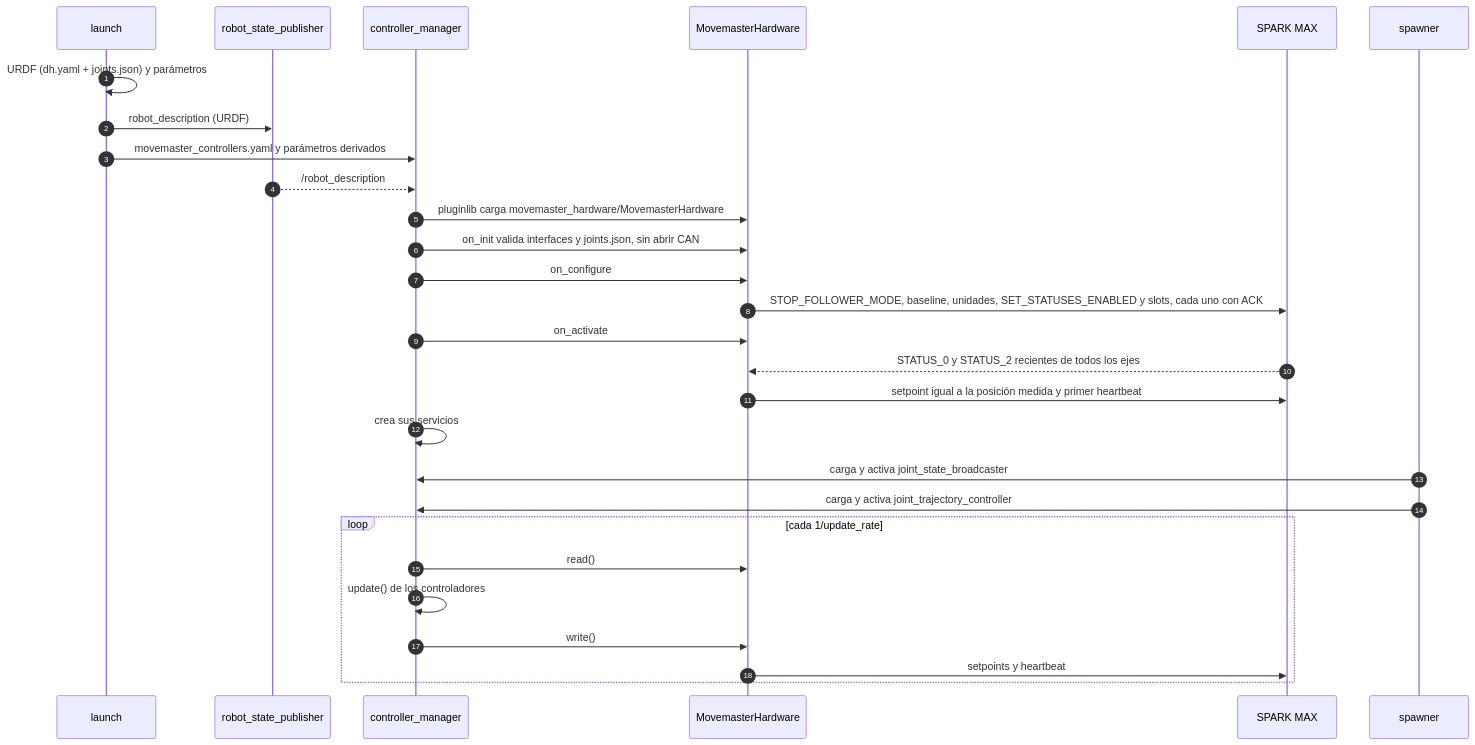
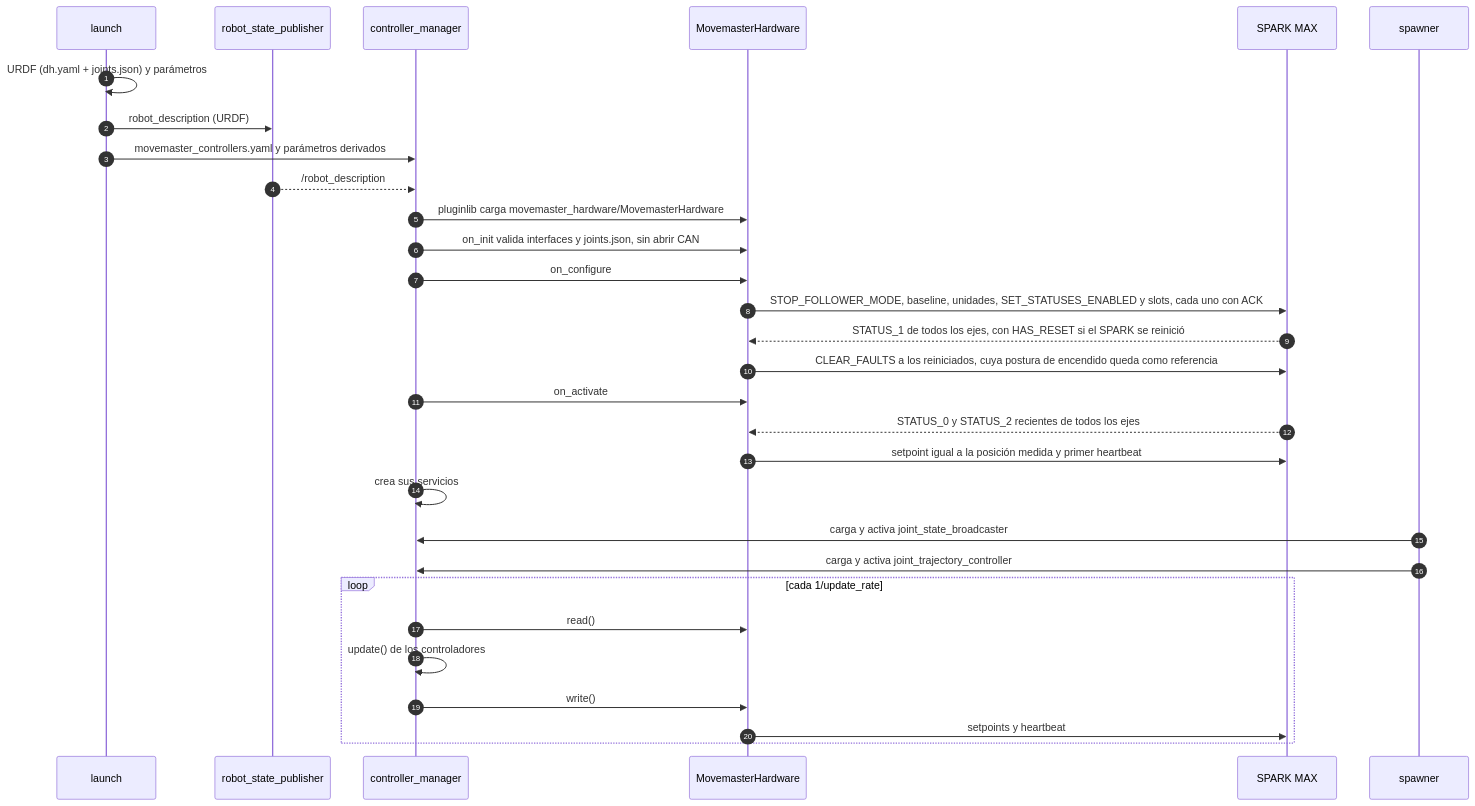
One commit to DiazPaz/movemaster changed the second of 2 diagrams in movemaster_ws/src/movemaster_ros/movemaster_ros/docs/MANUAL.md. Above: the diagram before and after it, drawn with Mermaid. The commit also changed other lines of this file and 22 other files, not shown here.

````diff
--- a/movemaster_ws/src/movemaster_ros/movemaster_ros/docs/MANUAL.md
+++ b/movemaster_ws/src/movemaster_ros/movemaster_ros/docs/MANUAL.md
@@ -182,30 +182,32 @@
 ```mermaid
 sequenceDiagram
     autonumber
     participant L as launch
     participant R as robot_state_publisher
     participant C as controller_manager
     participant H as MovemasterHardware
     participant S as SPARK MAX
     participant P as spawner
     L->>L: URDF (dh.yaml + joints.json) y parámetros
     L->>R: robot_description (URDF)
     L->>C: movemaster_controllers.yaml y parámetros derivados
     R-->>C: /robot_description
     C->>H: pluginlib carga movemaster_hardware/MovemasterHardware
     C->>H: on_init valida interfaces y joints.json, sin abrir CAN
     C->>H: on_configure
     H->>S: STOP_FOLLOWER_MODE, baseline, unidades, SET_STATUSES_ENABLED y slots, cada uno con ACK
+    S-->>H: STATUS_1 de todos los ejes, con HAS_RESET si el SPARK se reinició
+    H->>S: CLEAR_FAULTS a los reiniciados, cuya postura de encendido queda como referencia
     C->>H: on_activate
     S-->>H: STATUS_0 y STATUS_2 recientes de todos los ejes
     H->>S: setpoint igual a la posición medida y primer heartbeat
     C->>C: crea sus servicios
     P->>C: carga y activa joint_state_broadcaster
     P->>C: carga y activa joint_trajectory_controller
     loop cada 1/update_rate
         C->>H: read()
         C->>C: update() de los controladores
         C->>H: write()
         H->>S: setpoints y heartbeat
     end
 ```
````
